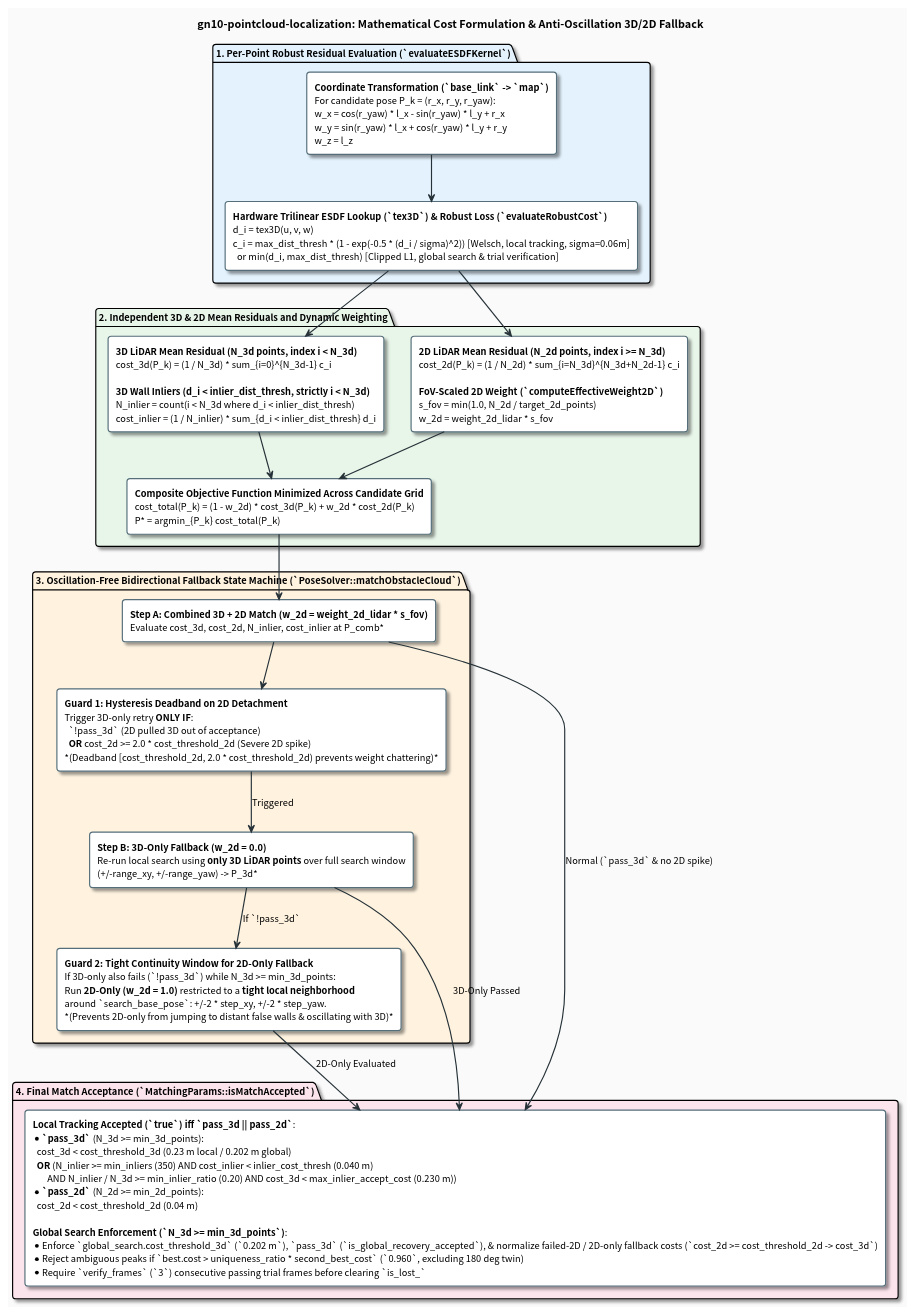
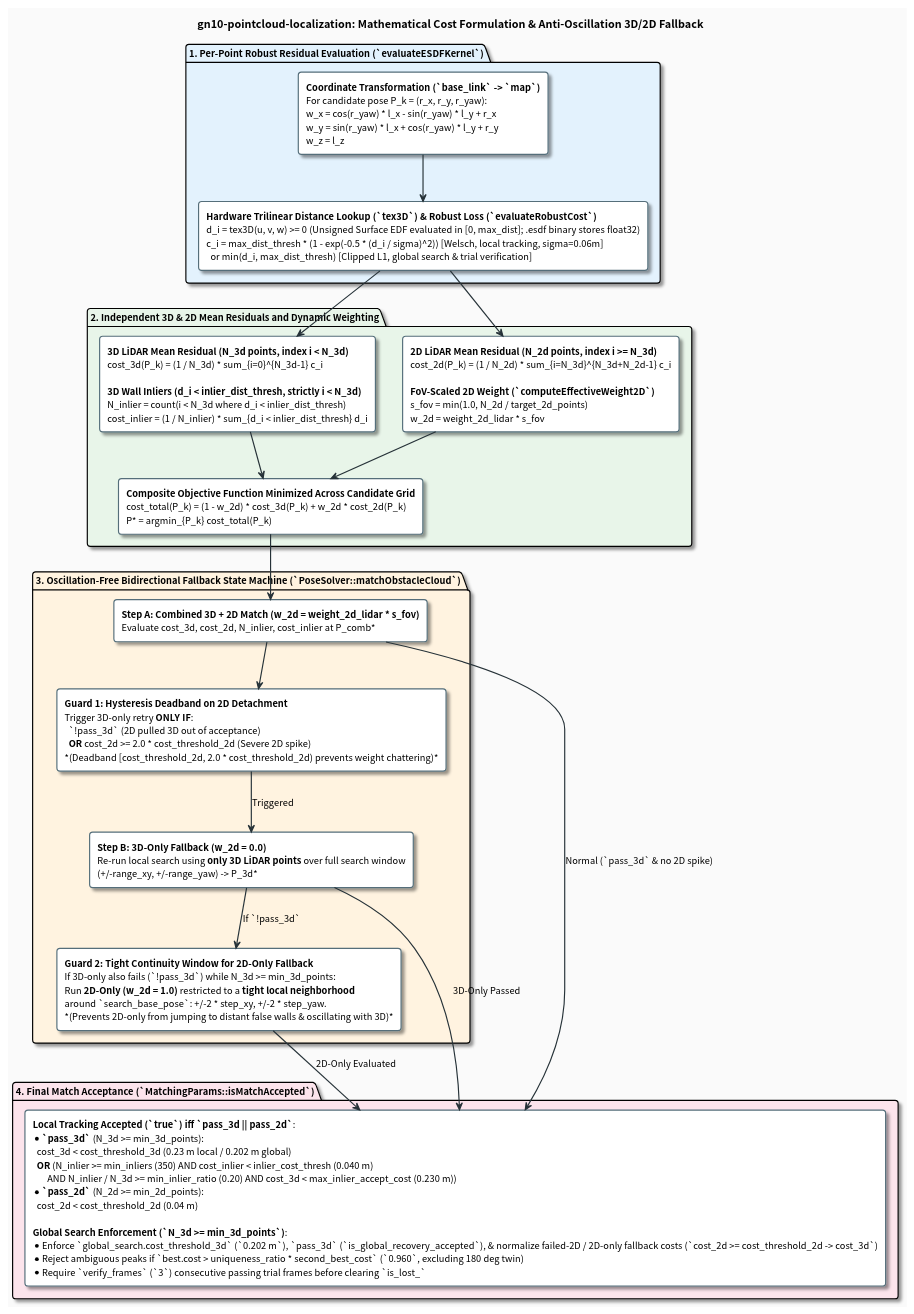
One commit to tmcit-ararobo-2026a/gn10-pointcloud-localization changed the diagram in docs/matching_cost_and_weighting.pu. Above: the diagram before and after it, drawn with PlantUML. The commit also changed 10 other files, not shown here.

Commit message:
docs: clarify unsigned EDF evaluation vs float32 .esdf storage and bump version to 1.2.2

```diff
--- a/docs/matching_cost_and_weighting.pu
+++ b/docs/matching_cost_and_weighting.pu
@@ -1,70 +1,70 @@
 @startuml matching_cost_and_weighting
 skinparam backgroundColor #FAFAFA
 skinparam defaultFontName "Roboto, Noto Sans CJK JP, sans-serif"
 skinparam defaultFontSize 12
 skinparam roundCorner 8
 skinparam shadowing true
 skinparam ArrowColor #263238
 skinparam ArrowThickness 1.5
 
 skinparam rectangle {
     BackgroundColor #FFFFFF
     BorderColor #546E7A
     BorderThickness 1.5
 }
 
 skinparam note {
     BackgroundColor #FFF8E1
     BorderColor #FFB300
     FontColor #263238
 }
 
 title **gn10-pointcloud-localization: Mathematical Cost Formulation & Anti-Oscillation 3D/2D Fallback**
 
 package "1. Per-Point Robust Residual Evaluation (`evaluateESDFKernel`)" #E3F2FD {
     rectangle "**Coordinate Transformation (`base_link` -> `map`)**\nFor candidate pose P_k = (r_x, r_y, r_yaw):\nw_x = cos(r_yaw) * l_x - sin(r_yaw) * l_y + r_x\nw_y = sin(r_yaw) * l_x + cos(r_yaw) * l_y + r_y\nw_z = l_z" as TF_EQ
 
-    rectangle "**Hardware Trilinear ESDF Lookup (`tex3D`) & Robust Loss (`evaluateRobustCost`)**\nd_i = tex3D(u, v, w)\nc_i = max_dist_thresh * (1 - exp(-0.5 * (d_i / sigma)^2))  [Welsch, local tracking, sigma=0.06m]\n  or min(d_i, max_dist_thresh)  [Clipped L1, global search & trial verification]" as CLIP_EQ
+    rectangle "**Hardware Trilinear Distance Lookup (`tex3D`) & Robust Loss (`evaluateRobustCost`)**\nd_i = tex3D(u, v, w) >= 0  (Unsigned Surface EDF evaluated in [0, max_dist]; .esdf binary stores float32)\nc_i = max_dist_thresh * (1 - exp(-0.5 * (d_i / sigma)^2))  [Welsch, local tracking, sigma=0.06m]\n  or min(d_i, max_dist_thresh)  [Clipped L1, global search & trial verification]" as CLIP_EQ
 
     TF_EQ -down-> CLIP_EQ
 }
 
 package "2. Independent 3D & 2D Mean Residuals and Dynamic Weighting" #E8F5E9 {
     rectangle "**3D LiDAR Mean Residual (N_3d points, index i < N_3d)**\ncost_3d(P_k) = (1 / N_3d) * sum_{i=0}^{N_3d-1} c_i\n\n**3D Wall Inliers (d_i < inlier_dist_thresh, strictly i < N_3d)**\nN_inlier = count(i < N_3d where d_i < inlier_dist_thresh)\ncost_inlier = (1 / N_inlier) * sum_{d_i < inlier_dist_thresh} d_i" as COST_3D
 
     rectangle "**2D LiDAR Mean Residual (N_2d points, index i >= N_3d)**\ncost_2d(P_k) = (1 / N_2d) * sum_{i=N_3d}^{N_3d+N_2d-1} c_i\n\n**FoV-Scaled 2D Weight (`computeEffectiveWeight2D`)**\ns_fov = min(1.0, N_2d / target_2d_points)\nw_2d = weight_2d_lidar * s_fov" as COST_2D
 
     rectangle "**Composite Objective Function Minimized Across Candidate Grid**\ncost_total(P_k) = (1 - w_2d) * cost_3d(P_k) + w_2d * cost_2d(P_k)\nP* = argmin_{P_k} cost_total(P_k)" as COMP_EQ
 
     COST_3D -down-> COMP_EQ
     COST_2D -down-> COMP_EQ
 }
 
 CLIP_EQ -down-> COST_3D
 CLIP_EQ -down-> COST_2D
 
 package "3. Oscillation-Free Bidirectional Fallback State Machine (`PoseSolver::matchObstacleCloud`)" #FFF3E0 {
     rectangle "**Step A: Combined 3D + 2D Match (w_2d = weight_2d_lidar * s_fov)**\nEvaluate cost_3d, cost_2d, N_inlier, cost_inlier at P_comb*" as STEP_A
 
     rectangle "**Guard 1: Hysteresis Deadband on 2D Detachment**\nTrigger 3D-only retry **ONLY IF**:\n  `!pass_3d` (2D pulled 3D out of acceptance)\n  **OR** cost_2d >= 2.0 * cost_threshold_2d (Severe 2D spike)\n*(Deadband [cost_threshold_2d, 2.0 * cost_threshold_2d) prevents weight chattering)*" as GUARD_1
 
     rectangle "**Step B: 3D-Only Fallback (w_2d = 0.0)**\nRe-run local search using **only 3D LiDAR points** over full search window\n(+/-range_xy, +/-range_yaw) -> P_3d*" as STEP_B
 
     rectangle "**Guard 2: Tight Continuity Window for 2D-Only Fallback**\nIf 3D-only also fails (`!pass_3d`) while N_3d >= min_3d_points:\nRun **2D-Only (w_2d = 1.0)** restricted to a **tight local neighborhood**\naround `search_base_pose`: +/-2 * step_xy, +/-2 * step_yaw.\n*(Prevents 2D-only from jumping to distant false walls & oscillating with 3D)*" as STEP_C
 
     STEP_A -down-> GUARD_1
     GUARD_1 -down-> STEP_B : Triggered
     STEP_B -down-> STEP_C : If `!pass_3d`
 }
 
 COMP_EQ -down-> STEP_A
 
 package "4. Final Match Acceptance (`MatchingParams::isMatchAccepted`)" #FCE4EC {
     rectangle "**Local Tracking Accepted (`true`) iff `pass_3d || pass_2d`**:\n* **`pass_3d`** (N_3d >= min_3d_points):\n  cost_3d < cost_threshold_3d (0.23 m local / 0.202 m global)\n  **OR** (N_inlier >= min_inliers (350) AND cost_inlier < inlier_cost_thresh (0.040 m)\n       AND N_inlier / N_3d >= min_inlier_ratio (0.20) AND cost_3d < max_inlier_accept_cost (0.230 m))\n* **`pass_2d`** (N_2d >= min_2d_points):\n  cost_2d < cost_threshold_2d (0.04 m)\n\n**Global Search Enforcement (`N_3d >= min_3d_points`)**:\n* Enforce `global_search.cost_threshold_3d` (`0.202 m`), `pass_3d` (`is_global_recovery_accepted`), & normalize failed-2D / 2D-only fallback costs (`cost_2d >= cost_threshold_2d -> cost_3d`)\n* Reject ambiguous peaks if `best.cost > uniqueness_ratio * second_best_cost` (`0.960`, excluding 180 deg twin)\n* Require `verify_frames` (`3`) consecutive passing trial frames before clearing `is_lost_`" as FINAL_ACCEPT
 }
 
 STEP_A -down-> FINAL_ACCEPT : Normal (`pass_3d` & no 2D spike)
 STEP_B -down-> FINAL_ACCEPT : 3D-Only Passed
 STEP_C -down-> FINAL_ACCEPT : 2D-Only Evaluated
 
 @enduml
```
